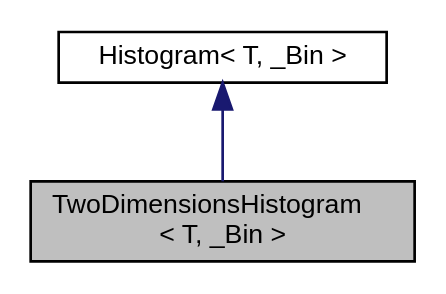
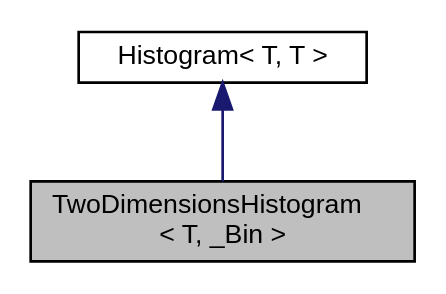
Before and after one commit to cp3-llbb/cp3-llbb.github.io: the diagram in doxyfwk/classTwoDimensionsHistogram__coll__graph.dot, drawn with Graphviz. The commit also changed 1203 other files, not shown here.

```diff
--- a/doxyfwk/classTwoDimensionsHistogram__coll__graph.dot
+++ b/doxyfwk/classTwoDimensionsHistogram__coll__graph.dot
@@ -1,8 +1,9 @@
 digraph "TwoDimensionsHistogram&lt; T, _Bin &gt;"
 {
+ // LATEX_PDF_SIZE
   edge [fontname="Helvetica",fontsize="10",labelfontname="Helvetica",labelfontsize="10"];
   node [fontname="Helvetica",fontsize="10",shape=record];
-  Node1 [label="TwoDimensionsHistogram\l\< T, _Bin \>",height=0.2,width=0.4,color="black", fillcolor="grey75", style="filled", fontcolor="black"];
+  Node1 [label="TwoDimensionsHistogram\l\< T, _Bin \>",height=0.2,width=0.4,color="black", fillcolor="grey75", style="filled", fontcolor="black",tooltip=" "];
   Node2 -> Node1 [dir="back",color="midnightblue",fontsize="10",style="solid",fontname="Helvetica"];
-  Node2 [label="Histogram\< T, _Bin \>",height=0.2,width=0.4,color="black", fillcolor="white", style="filled",URL="$classHistogram.html"];
+  Node2 [label="Histogram\< T, T \>",height=0.2,width=0.4,color="black", fillcolor="white", style="filled",URL="$classHistogram.html",tooltip=" "];
 }
```
